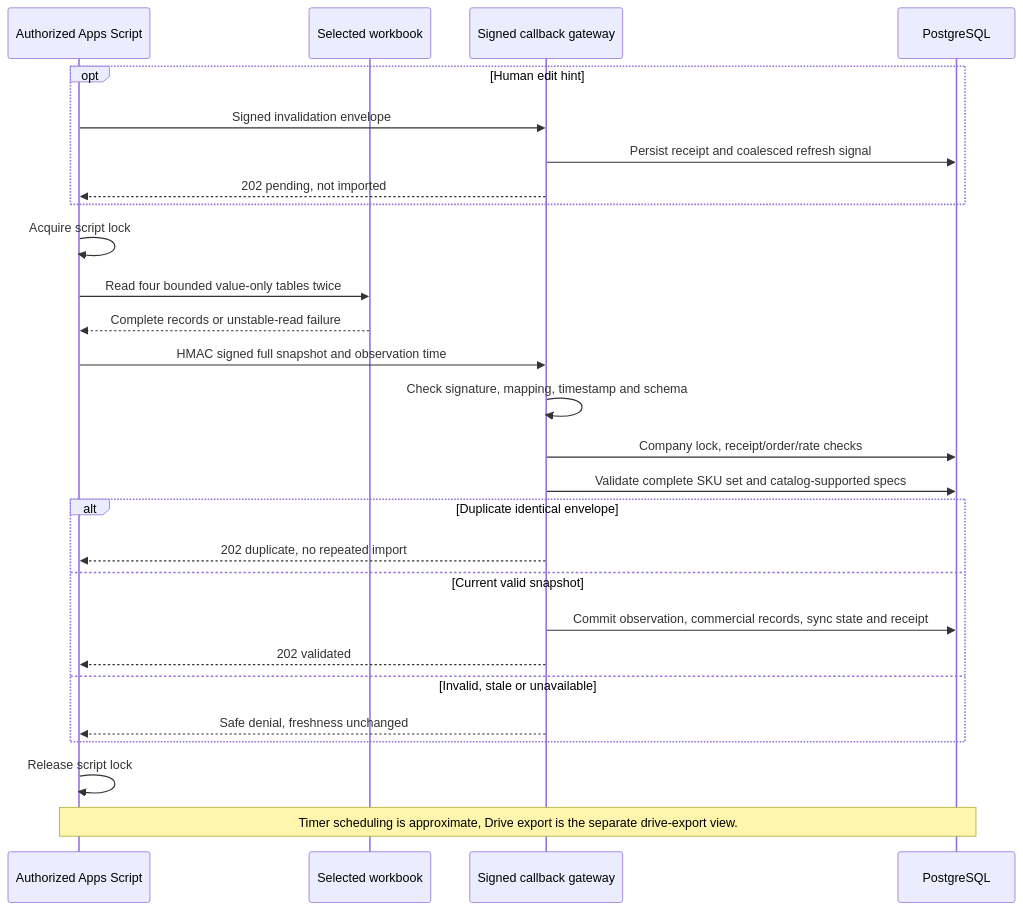
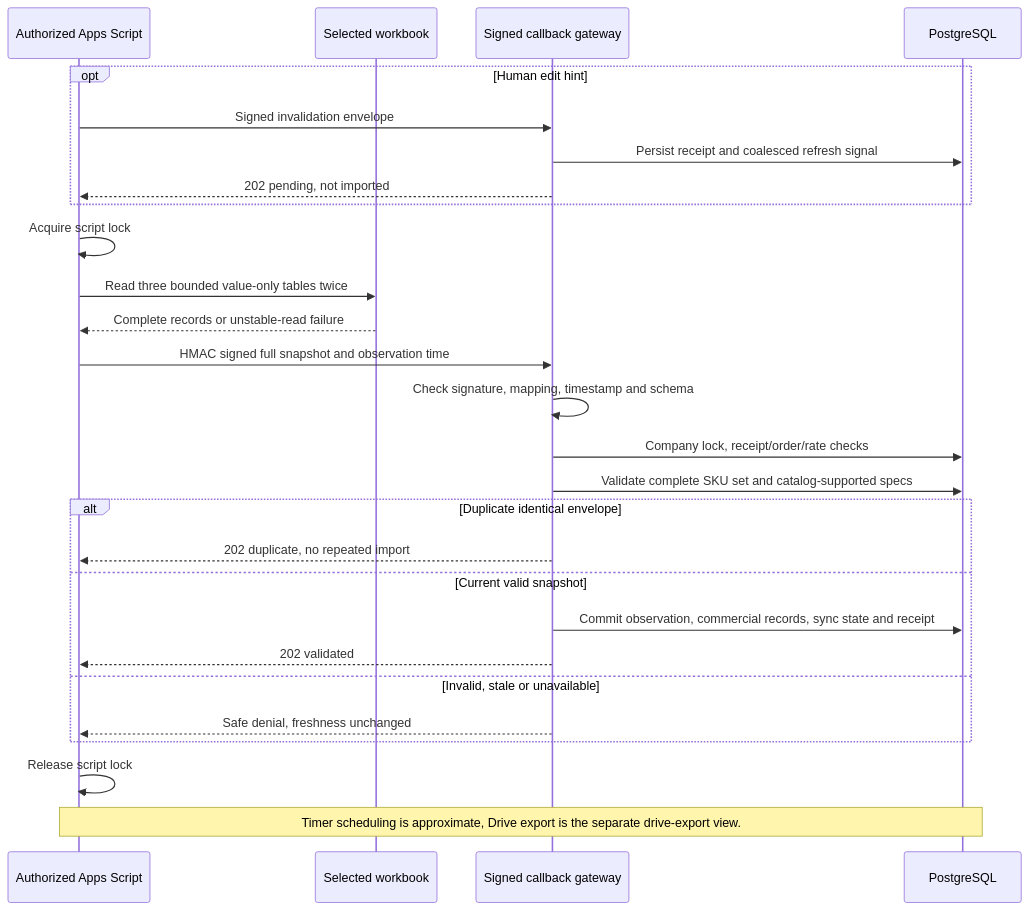
Before and after one commit to Nagdy8888/lumaquote: the diagram in docs/diagrams/google-snapshot.mmd, drawn with Mermaid. The commit also changed 44 other files, not shown here.

```diff
--- a/docs/diagrams/google-snapshot.mmd
+++ b/docs/diagrams/google-snapshot.mmd
@@ -1,29 +1,29 @@
 sequenceDiagram
   accTitle: Signed GAS full snapshot and atomic backend observation
   accDescr: Apps Script reads bounded tables under its script lock and verifies a stable double read. The gateway authenticates exact bytes and validates mapping, replay, complete records and catalog support before one database commit. Rejected snapshots never refresh freshness.
   participant GAS as Authorized Apps Script
   participant Sheet as Selected workbook
   participant API as Signed callback gateway
   participant DB as PostgreSQL
   opt Human edit hint
     GAS->>API: Signed invalidation envelope
     API->>DB: Persist receipt and coalesced refresh signal
     API-->>GAS: 202 pending, not imported
   end
   GAS->>GAS: Acquire script lock
-  GAS->>Sheet: Read four bounded value-only tables twice
+  GAS->>Sheet: Read three bounded value-only tables twice
   Sheet-->>GAS: Complete records or unstable-read failure
   GAS->>API: HMAC signed full snapshot and observation time
   API->>API: Check signature, mapping, timestamp and schema
   API->>DB: Company lock, receipt/order/rate checks
   API->>DB: Validate complete SKU set and catalog-supported specs
   alt Duplicate identical envelope
     API-->>GAS: 202 duplicate, no repeated import
   else Current valid snapshot
     API->>DB: Commit observation, commercial records, sync state and receipt
     API-->>GAS: 202 validated
   else Invalid, stale or unavailable
     API-->>GAS: Safe denial, freshness unchanged
   end
   GAS->>GAS: Release script lock
   Note over GAS,DB: Timer scheduling is approximate, Drive export is the separate drive-export view.
```
